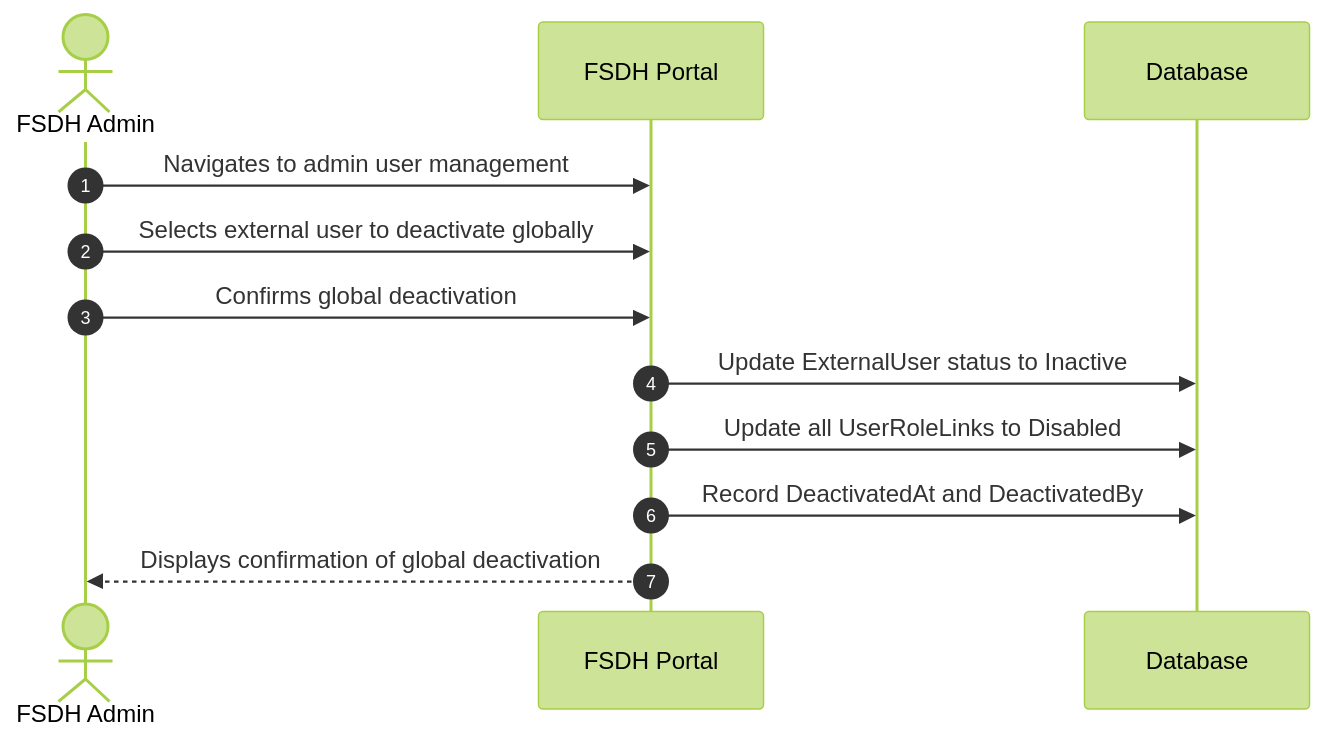
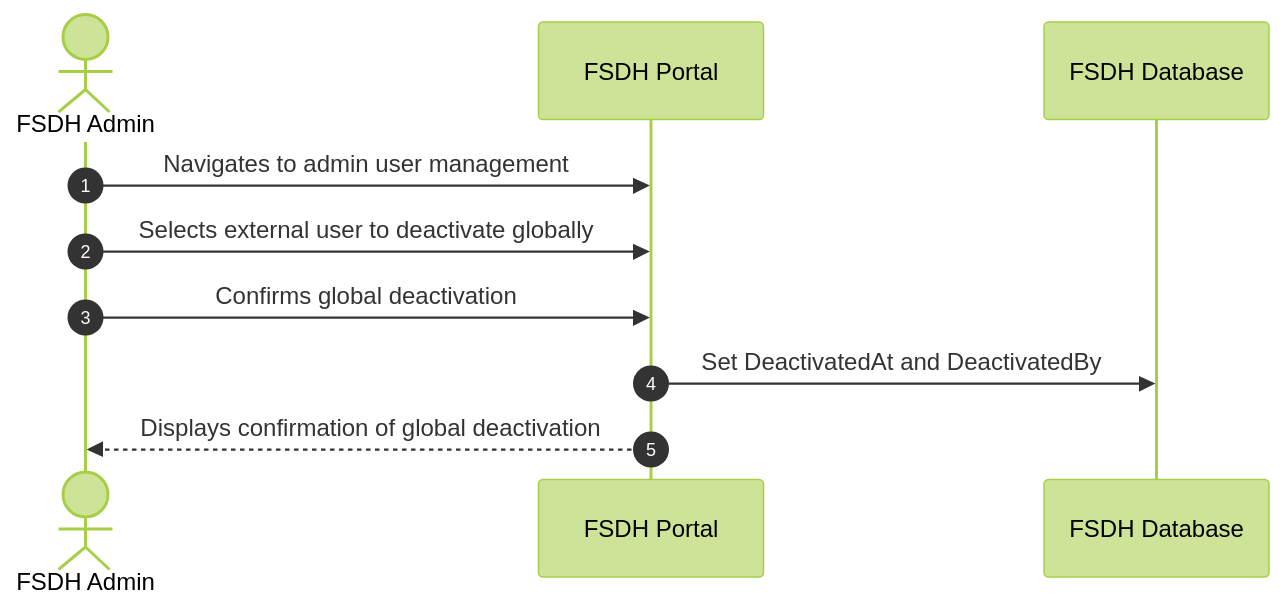
Diagram 12 of 12 in DeveloperGuide/GCCF/AuthenticationFlows.md (ssc-sp/datahub-docs), drawn with Mermaid (forest theme) before and after one commit. The commit also changed other lines of this file and 2 other files, not shown here.

````diff
--- a/DeveloperGuide/GCCF/AuthenticationFlows.md
+++ b/DeveloperGuide/GCCF/AuthenticationFlows.md
@@ -386,15 +415,13 @@
 ```mermaid
 sequenceDiagram
     actor Admin as FSDH Admin
     participant FSDH as FSDH Portal
-    participant DB as Database
+    participant DB as FSDH Database
 
     autonumber
     Admin->>FSDH: Navigates to admin user management
     Admin->>FSDH: Selects external user to deactivate globally
     Admin->>FSDH: Confirms global deactivation
-    FSDH->>DB: Update ExternalUser status to Inactive
-    FSDH->>DB: Update all UserRoleLinks to Disabled
-    FSDH->>DB: Record DeactivatedAt and DeactivatedBy
+    FSDH->>DB: Set DeactivatedAt and DeactivatedBy
     FSDH-->>Admin: Displays confirmation of global deactivation
 ```
````
